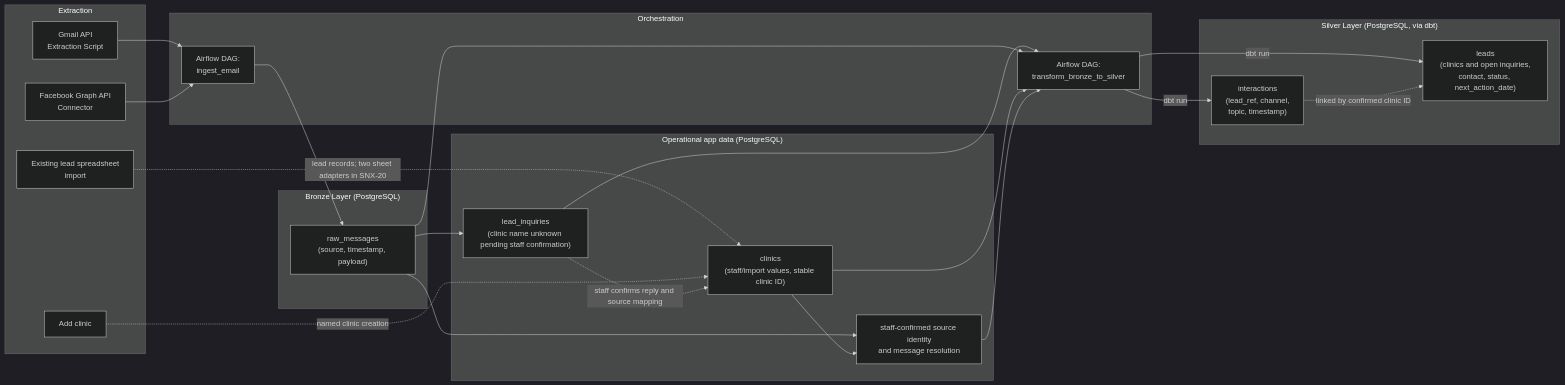
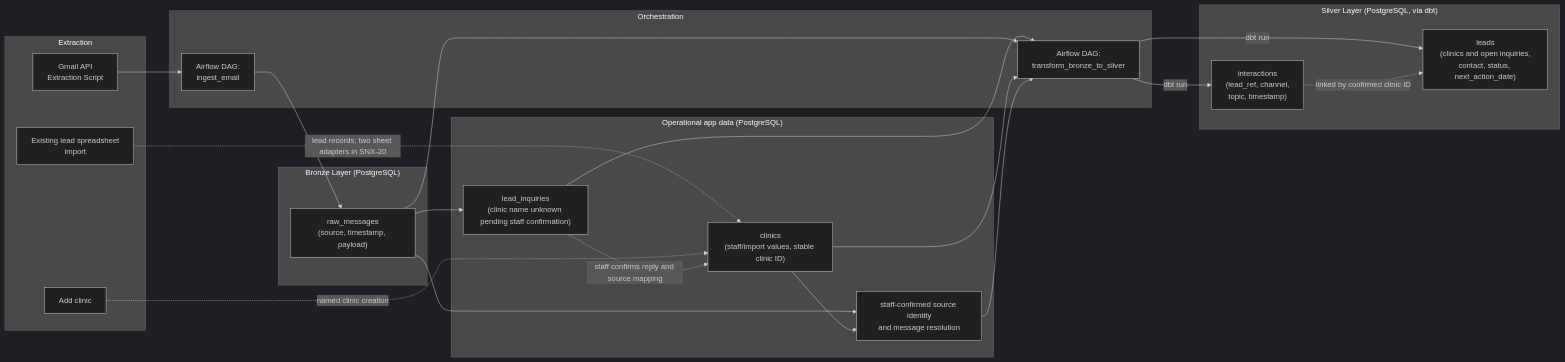
One commit to CMSC128-NexusWorks/SolNexus changed the third of 4 diagrams in docs/architecture.md. Above: the diagram before and after it, drawn with Mermaid (dark theme). The commit also changed other lines of this file and 12 other files, not shown here.

````diff
--- a/docs/architecture.md
+++ b/docs/architecture.md
@@ -186,44 +183,42 @@
 ```mermaid
 flowchart LR
     subgraph EXTRACT["Extraction"]
         E1["Gmail API\nExtraction Script"]
-        E3["Facebook Graph API\nConnector"]
         E2["Existing lead spreadsheet\nimport"]
         E4["Add clinic"]
     end
 
     subgraph ORCH["Orchestration"]
         DAG1["Airflow DAG:\ningest_email"]
         DAG2["Airflow DAG:\ntransform_bronze_to_silver"]
     end
 
     subgraph BRONZE_L["Bronze Layer (PostgreSQL)"]
         RAW["raw_messages\n(source, timestamp, payload)"]
     end
     subgraph APP_L["Operational app data (PostgreSQL)"]
         CLINICS["clinics\n(staff/import values, stable clinic ID)"]
         INQUIRIES["lead_inquiries\n(clinic name unknown pending staff confirmation)"]
         LINKS["staff-confirmed source identity\nand message resolution"]
     end
 
     subgraph SILVER_L["Silver Layer (PostgreSQL, via dbt)"]
         LEADS["leads\n(clinics and open inquiries,\ncontact, status, next_action_date)"]
         INTER["interactions\n(lead_ref, channel,\ntopic, timestamp)"]
     end
 
     E1 --> DAG1 --> RAW
-    E3 --> DAG1
     E2 -. "lead records; two sheet adapters in SNX-20" .-> CLINICS
     E4 -. "named clinic creation" .-> CLINICS
     RAW --> INQUIRIES
     INQUIRIES --> DAG2
     INQUIRIES -. "staff confirms reply and source mapping" .-> CLINICS
     RAW --> DAG2
     CLINICS --> DAG2
     LINKS --> DAG2
     DAG2 -- "dbt run" --> LEADS
     DAG2 -- "dbt run" --> INTER
     RAW --> LINKS
     CLINICS --> LINKS
     INTER -.->|linked by confirmed clinic ID| LEADS
 ```
````
